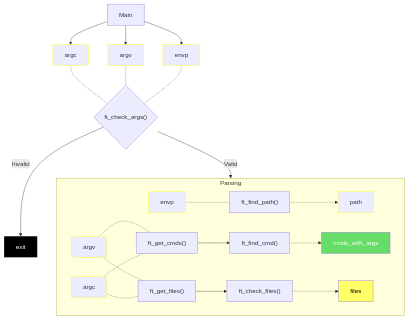
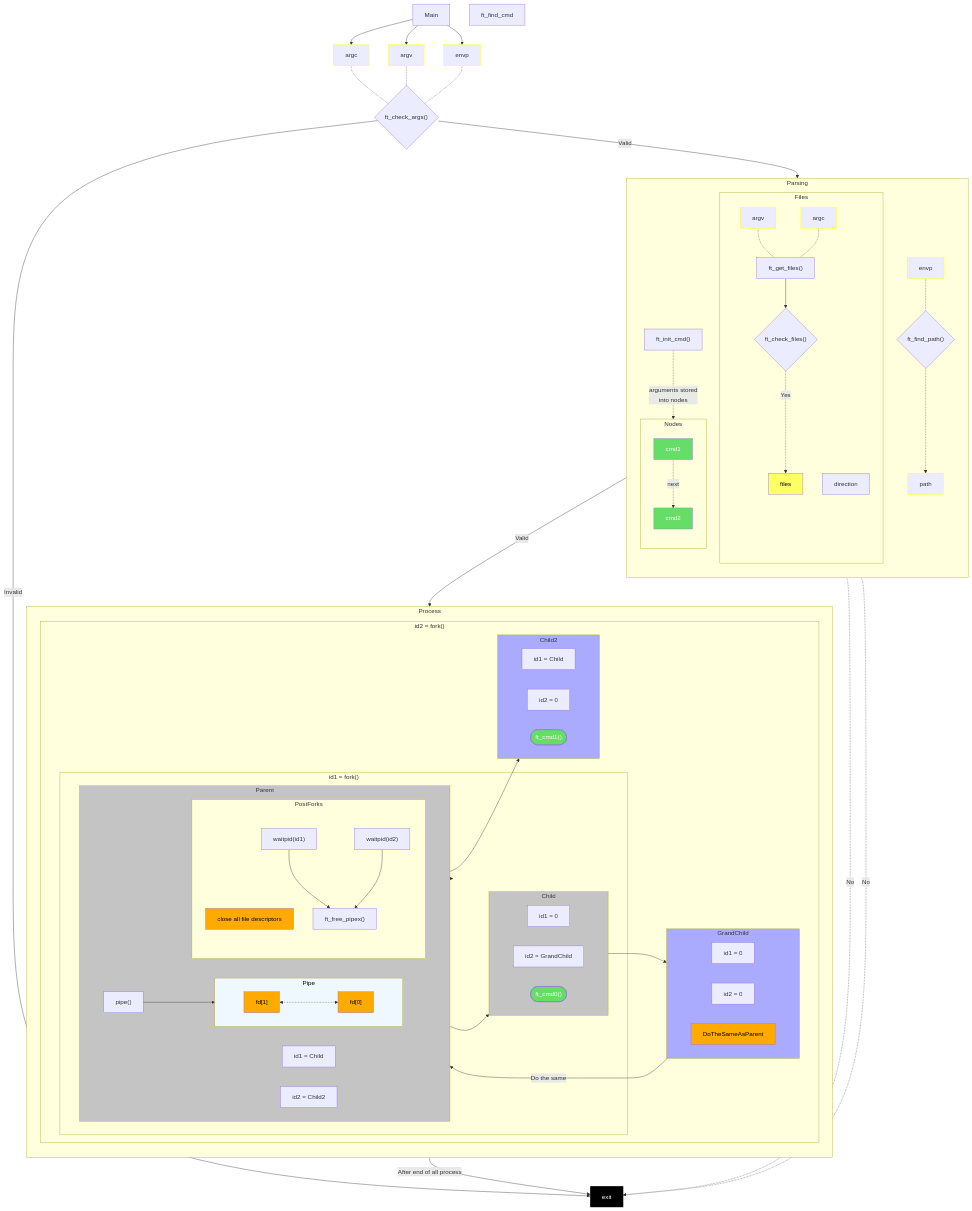
Before and after one commit to Tablerase/42_Projects: the second of 11 diagrams in Pipex/README.md, drawn with Mermaid. The commit also changed other lines of this file, not shown here.

Commit message:
update to readme

````diff
--- a/Pipex/README.md
+++ b/Pipex/README.md
@@ -85,6 +85,7 @@
   classDef file fill:#ff6, color:#000;
   classDef filedescriptor fill:#fa0, color:#000;
   classDef note fill:#c4c4c4,stroke-width:0.5px;
+  classDef pipe fill:#f0f8ff, color:#000;
   classDef exit fill:#000,stroke:none,color:#fff,stroke-width:2px;
   classDef valid stroke:#0f0
   classDef invalid stroke:#f00
@@ -94,6 +95,8 @@
   classDef nodes stroke:#ee82ee
   classDef padded stroke:#00f,stroke-width:3px
   classDef point fill:#f9f,stroke:#333,stroke-width:2px
+  classDef fork1 fill:#c4c4c4;
+  classDef fork2 fill:#aaf;
   Main --> argc:::data
   Main --> argv:::data
   Main --> envp:::data
@@ -104,18 +107,73 @@
   ft_check_args --> |Valid| A
   ft_check_args --> |Invalid| exit:::exit
   subgraph A["Parsing"]
-    direction LR
+    direction TB
+    subgraph Files
+      direction
+      files:::file
+      argv2[argv]:::data
+      argc2[argc]:::data
+      argv2 -.- ft_get_files["ft_get_files()"]
+      argc2 -.- ft_get_files
+      ft_get_files --> ft_check_files{"ft_check_files()"}
+      ft_check_files -.->|Yes| files
+    end
+    subgraph Nodes
+      direction TB
+      cmd1:::cmd -.->|next| cmd2:::cmd
+    end
+    ft_init_cmd["ft_init_cmd()"] -.->|arguments stored\ninto nodes| Nodes
     path:::data
-    envp2[envp]:::data -.- ft_find_path["ft_find_path()"]
+    envp2[envp]:::data -.- ft_find_path{"ft_find_path()"}
     ft_find_path -.-> path
-    files:::file
-    argv2[argv]:::data -.- ft_get_cmds["ft_get_cmds()"]
-    argc2[argc]:::data -.- ft_get_cmds
-    ft_get_cmds --> ft_find_cmd["ft_find_cmd()"]
-    ft_find_cmd -.-> cmds_with_args:::cmd
-    argv2 -.- ft_get_files["ft_get_files()"]
-    argc2 -.- ft_get_files
-    ft_get_files --> ft_check_files["ft_check_files()"]
-    ft_check_files -.-> files
   end
+  A --> |Valid| B
+  subgraph B["Process"]
+    direction TB
+    Parent --> Fork1
+    subgraph Fork2["id2 = fork()"]
+      subgraph Fork1["id1 = fork()"]
+        subgraph Parent
+          pipe["pipe()"]
+          pipe --> Pipe:::pipe
+          subgraph Pipe
+            direction LR
+            end1["fd[1]"]:::filedescriptor <-.-> end2["fd[0]"]:::filedescriptor
+          end
+          id1["id1 = Child"]
+          id2["id2 = Child2"]
+          subgraph PostForks
+            close_all_fd["close all file descriptors"]:::filedescriptor
+            waitpid["waitpid(id1)"]
+            waitpid2["waitpid(id2)"]
+            waitpid --> ft_free_pipex["ft_free_pipex()"]
+            waitpid2 --> ft_free_pipex
+          end
+        end
+        subgraph Child
+          id3["id1 = 0"]
+          id4["id2 = GrandChild"]
+          ft_cmd0(["ft_cmd0()"]):::cmd
+        end
+        Parent:::fork1 --> Child:::fork1
+      end
+      Parent --> Child2:::fork2
+      Child --> GrandChild:::fork2
+      subgraph GrandChild
+        id5["id1 = 0"]
+        id6["id2 = 0"]
+        DoTheSameAsParent:::filedescriptor
+      end
+      GrandChild -->|Do the same| Parent
+      subgraph Child2
+        id7["id1 = Child"]
+        id8["id2 = 0"]
+        ft_cmd1(["ft_cmd1()"]):::cmd
+      end
+    end
+  end
+  B -->|After end of all process| exit
+  ft_find_cmd
+  ft_find_path -.->|No| exit
+  ft_check_files -.->|No| exit
 ```
````
